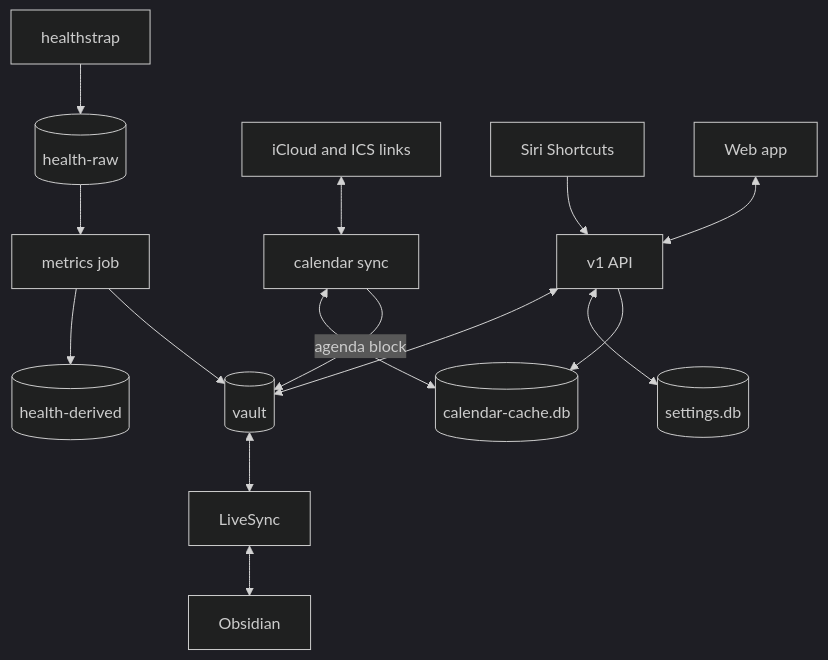
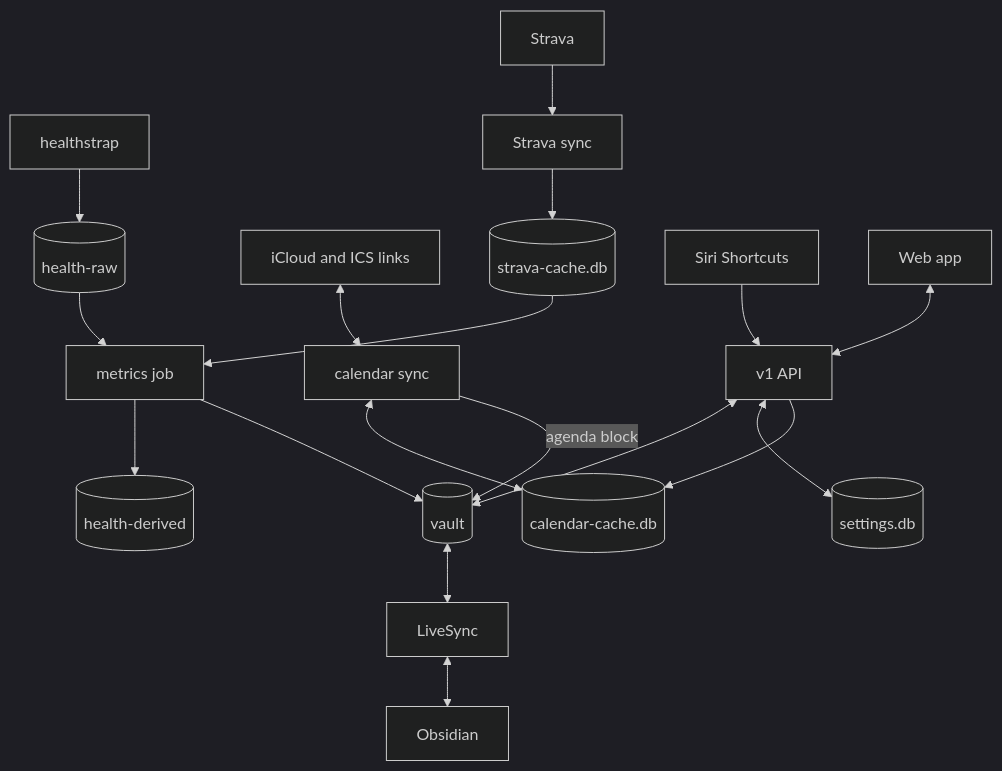
The diagram in docs/architecture.md (pkrshnan/dashboardify), drawn with Mermaid (dark theme) before and after one commit. The commit also changed other lines of this file and 15 other files, not shown here.

````diff
--- a/docs/architecture.md
+++ b/docs/architecture.md
@@ -22,13 +22,14 @@
 ```mermaid
 flowchart TD
   W[healthstrap] --> R[(health-raw)] --> D[metrics job] --> HD[(health-derived)]
   C[iCloud and ICS links] <--> CS[calendar sync] <--> CC[(calendar-cache.db)]
+  ST[Strava] --> SS[Strava sync] --> SC[(strava-cache.db)] --> D
   S[Siri Shortcuts] --> API
   U[Web app] <--> API[v1 API]
   API <--> V[(vault)]
   API <--> SD[(settings.db)]
   API --> CC
   D --> V
   CS -- agenda block --> V
   V <--> L[LiveSync] <--> O[Obsidian]
 ```
````
